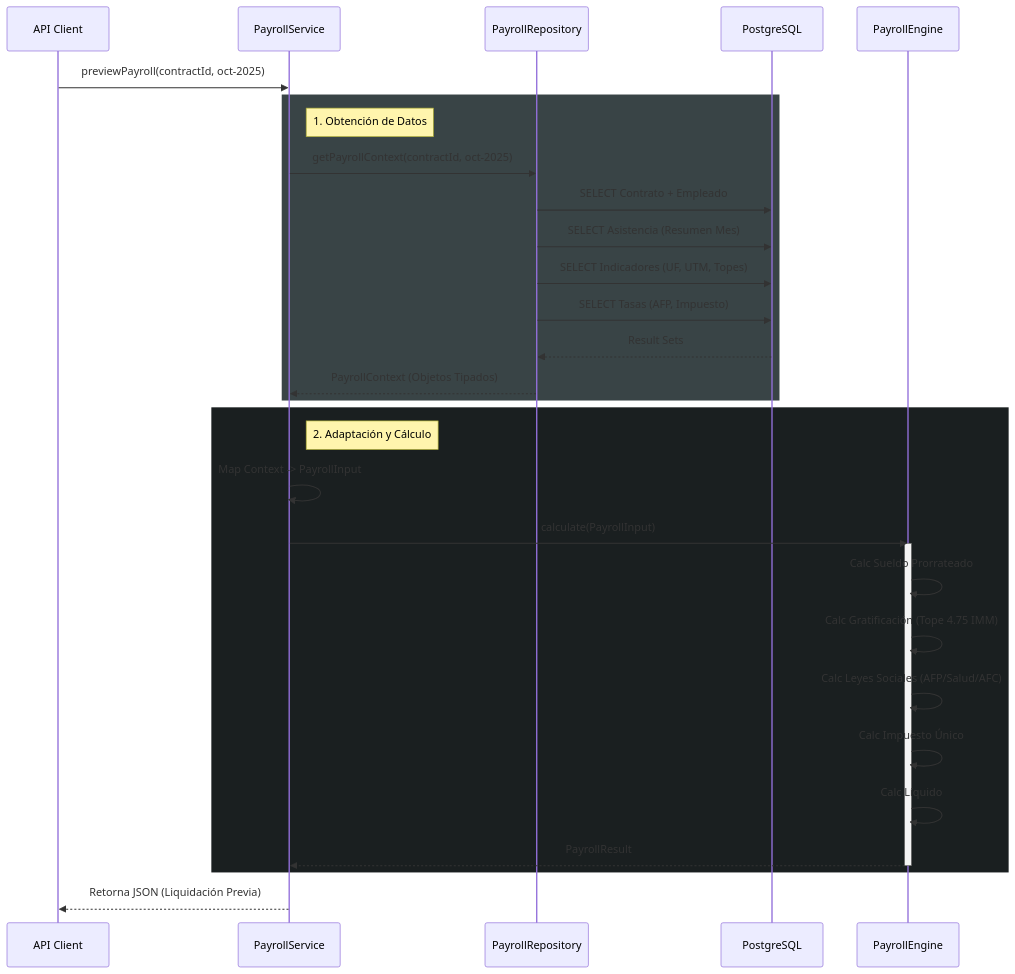
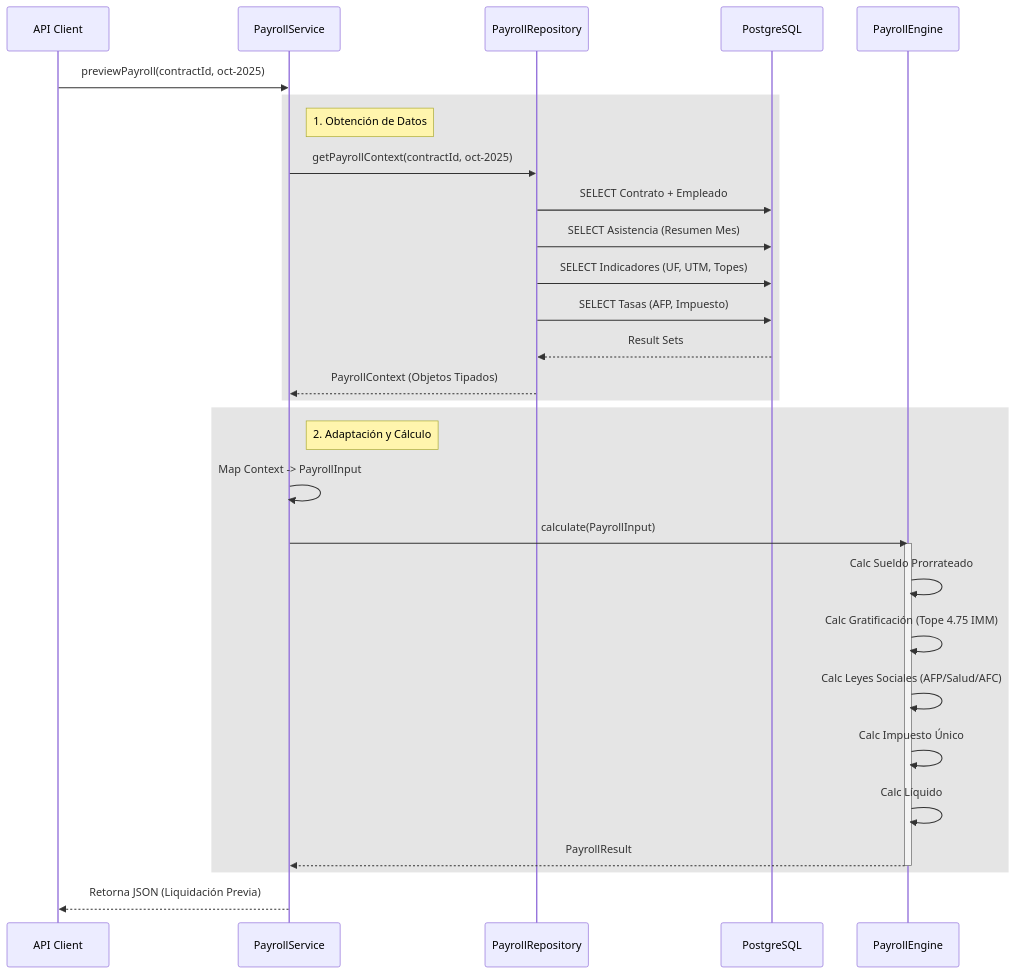
Before and after one commit to ChrisTkm/jean_d_arc: the second of 2 diagrams in src/content/docs/accounting/remuneraciones/motor-calculo.md, drawn with Mermaid. The commit also changed other lines of this file and 8 other files, not shown here.

Commit message:
docs: Add comprehensive documentation for accounting remuneration, system architecture, and security practices including various diagrams.

````diff
--- a/src/content/docs/accounting/remuneraciones/motor-calculo.md
+++ b/src/content/docs/accounting/remuneraciones/motor-calculo.md
@@ -61,40 +67,38 @@
 ```mermaid
 sequenceDiagram
     participant API as API Client
     participant Service as PayrollService
     participant Repo as PayrollRepository
     participant DB as PostgreSQL
     participant Engine as PayrollEngine
 
     API->>Service: previewPayroll(contractId, oct-2025)
     
-    rect rgb(57, 68, 70)
+    rect rgba(0, 0, 0, 0.1)
     note right of Service: 1. Obtención de Datos
     Service->>Repo: getPayrollContext(contractId, oct-2025)
     Repo->>DB: SELECT Contrato + Empleado
     Repo->>DB: SELECT Asistencia (Resumen Mes)
     Repo->>DB: SELECT Indicadores (UF, UTM, Topes)
     Repo->>DB: SELECT Tasas (AFP, Impuesto)
     DB-->>Repo: Result Sets
     Repo-->>Service: PayrollContext (Objetos Tipados)
     end
 
-   rect rgb(26, 31, 32)
+    rect rgba(0, 0, 0, 0.1)
     note right of Service: 2. Adaptación y Cálculo
     Service->>Service: Map Context -> PayrollInput
     Service->>Engine: calculate(PayrollInput)
     
     activate Engine
     Engine->>Engine: Calc Sueldo Prorrateado
     Engine->>Engine: Calc Gratificación (Tope 4.75 IMM)
     Engine->>Engine: Calc Leyes Sociales (AFP/Salud/AFC)
     Engine->>Engine: Calc Impuesto Único
     Engine->>Engine: Calc Líquido
     Engine-->>Service: PayrollResult
     deactivate Engine
     end
 
     Service-->>API: Retorna JSON (Liquidación Previa)
-
-
 ```
````
